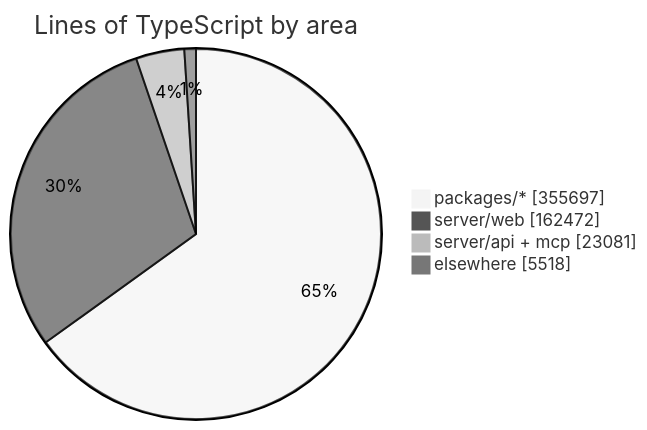
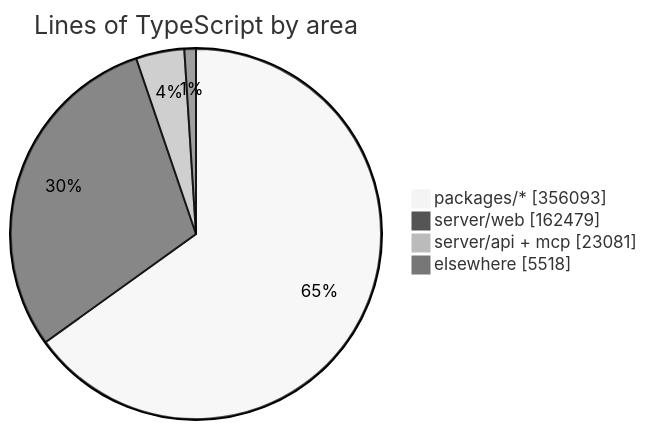
Before and after one commit to crossworks-engineering/mantle: the diagram in README.md, drawn with Mermaid (neutral theme). The commit also changed other lines of this file and 2 other files, not shown here.

````diff
--- a/README.md
+++ b/README.md
@@ -294,7 +294,7 @@
 ```mermaid
 pie showData title Lines of TypeScript by area
-    "packages/*" : 355697
-    "server/web" : 162472
+    "packages/*" : 356093
+    "server/web" : 162479
     "server/api + mcp" : 23081
     "elsewhere" : 5518
 ```
````
